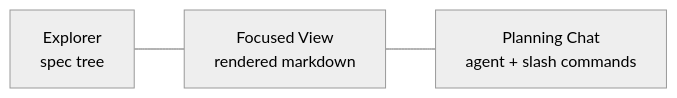
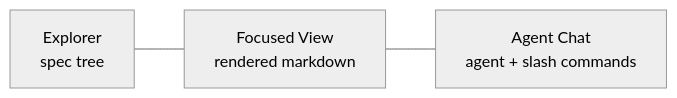
Before and after one commit to changkun/wallfacer: the first of 3 diagrams in docs/guide/designing-specs.md, drawn with Mermaid (neutral theme). The commit also changed other lines of this file and 5 other files, not shown here.

Commit message:
refactor(agentsession): rename planning -> agent chat in guide docs

````diff
--- a/docs/guide/designing-specs.md
+++ b/docs/guide/designing-specs.md
@@ -5,5 +5,5 @@
 ```mermaid
 graph LR
   explorer["Explorer<br/>spec tree"] --- focused["Focused View<br/>rendered markdown"]
-  focused --- chat["Planning Chat<br/>agent + slash commands"]
+  focused --- chat["Agent Chat<br/>agent + slash commands"]
 ```
````
